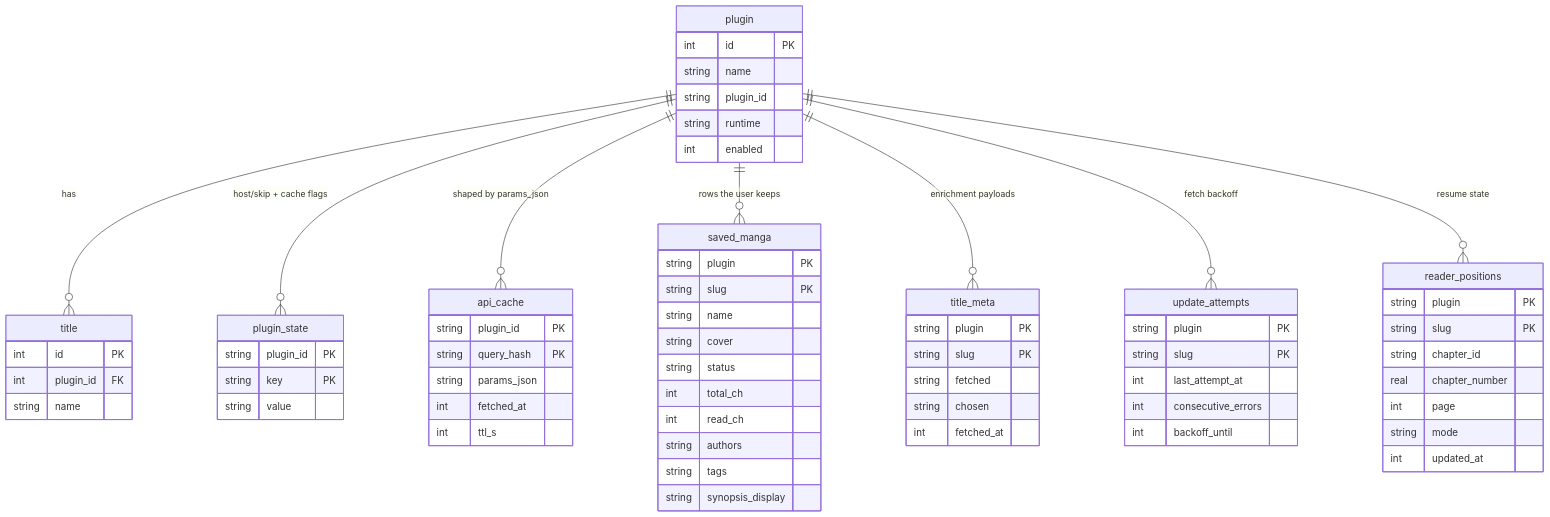
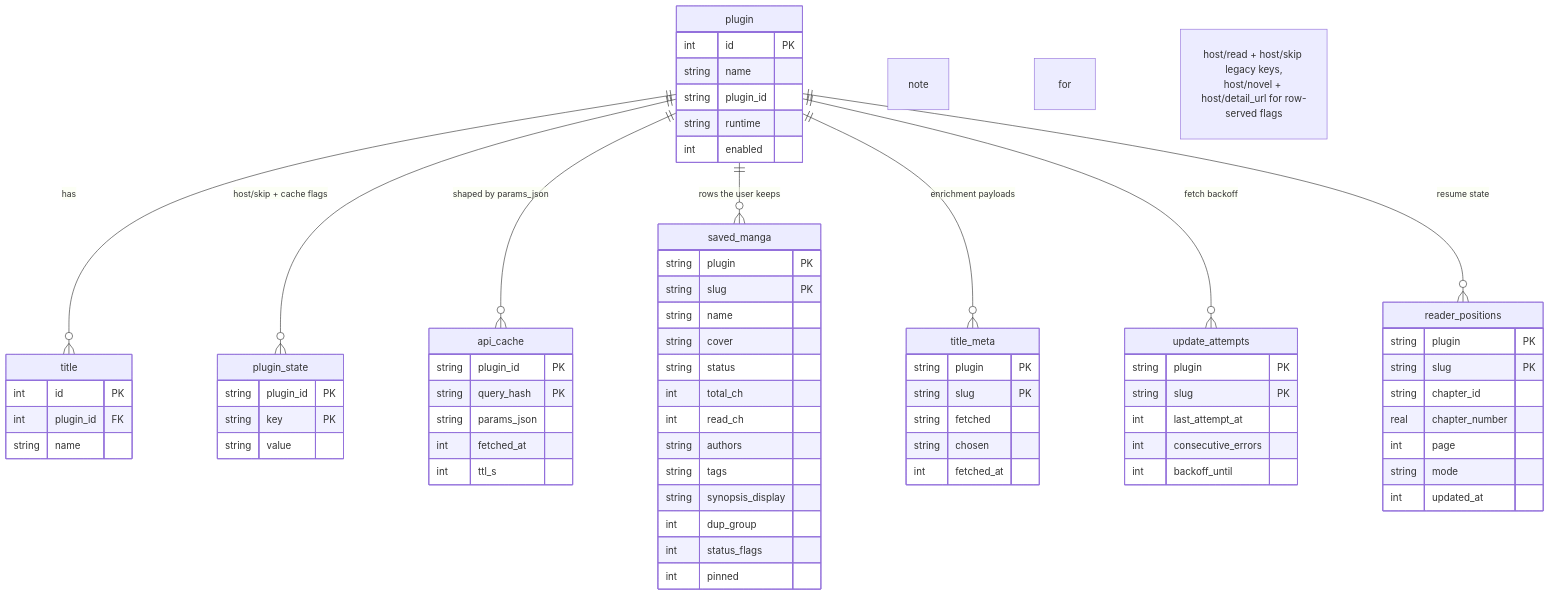
Before and after one commit to kenzanin/cppIsekai: the third of 3 diagrams in README.md, drawn with Mermaid. The commit also changed other lines of this file, not shown here.

````diff
--- a/README.md
+++ b/README.md
@@ -133,70 +137,74 @@
 ```mermaid
 erDiagram
     plugin ||--o{ title : "has"
     plugin ||--o{ plugin_state : "host/skip + cache flags"
     plugin ||--o{ api_cache : "shaped by params_json"
     plugin ||--o{ saved_manga : "rows the user keeps"
     plugin ||--o{ title_meta : "enrichment payloads"
     plugin ||--o{ update_attempts : "fetch backoff"
     plugin ||--o{ reader_positions : "resume state"
 
     plugin {
         int id PK
         string name
         string plugin_id
         string runtime
         int enabled
     }
     title {
         int id PK
         int plugin_id FK
         string name
     }
     saved_manga {
         string plugin PK
         string slug PK
         string name
         string cover
         string status
         int total_ch
         int read_ch
         string authors
         string tags
         string synopsis_display
+        int dup_group
+        int status_flags
+        int pinned
     }
     title_meta {
         string plugin PK
         string slug PK
         string fetched
         string chosen
         int fetched_at
     }
     api_cache {
         string plugin_id PK
         string query_hash PK
         string params_json
         int fetched_at
         int ttl_s
     }
     reader_positions {
         string plugin PK
         string slug PK
         string chapter_id
         real chapter_number
         int page
         string mode
         int updated_at
     }
     plugin_state {
         string plugin_id PK
         string key PK
         string value
     }
+    note for plugin_state "host/read + host/skip legacy keys,<br/>host/novel + host/detail_url for row-served flags"
     update_attempts {
         string plugin PK
         string slug PK
         int last_attempt_at
         int consecutive_errors
         int backoff_until
     }
 ```
````
